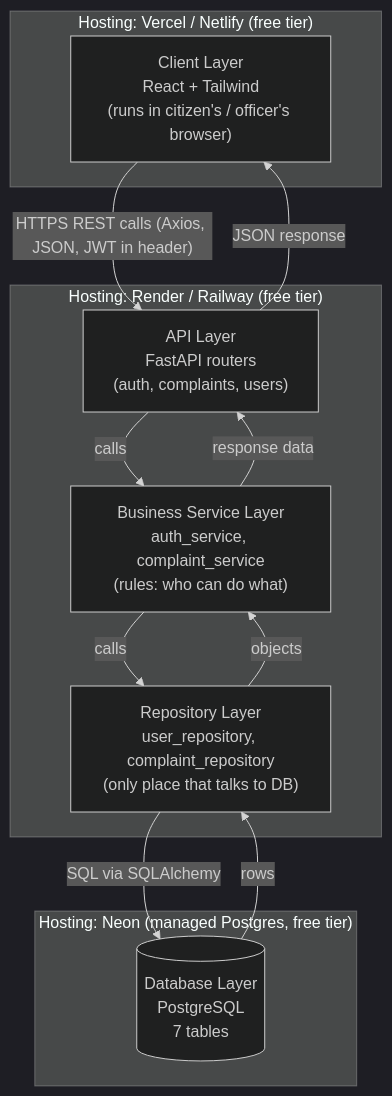
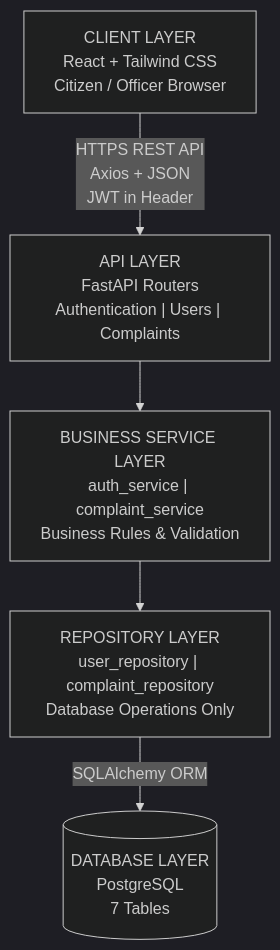
One commit to daarani24/NammaVoice-AI changed the diagram in docs/diagrams/Architecture_diagram.mmd. Above: the diagram before and after it, drawn with Mermaid (dark theme).

Commit message:
docs(diagrams): update architecture diagram

```diff
--- a/docs/diagrams/Architecture_diagram.mmd
+++ b/docs/diagrams/Architecture_diagram.mmd
@@ -1,23 +1,11 @@
 flowchart TD
-  subgraph HOST1["Hosting: Vercel / Netlify (free tier)"]
-    CLIENT["Client Layer<br/>React + Tailwind<br/>(runs in citizen's / officer's browser)"]
-  end
+  CLIENT["CLIENT LAYER<br/>React + Tailwind CSS<br/>Citizen / Officer Browser"]
+  API["API LAYER<br/>FastAPI Routers<br/>Authentication | Users | Complaints"]
+  SVC["BUSINESS SERVICE LAYER<br/>auth_service | complaint_service<br/>Business Rules & Validation"]
+  REPO["REPOSITORY LAYER<br/>user_repository | complaint_repository<br/>Database Operations Only"]
+  DB[("DATABASE LAYER<br/>PostgreSQL<br/>7 Tables")]
 
-  subgraph HOST2["Hosting: Render / Railway (free tier)"]
-    API["API Layer<br/>FastAPI routers<br/>(auth, complaints, users)"]
-    SVC["Business Service Layer<br/>auth_service, complaint_service<br/>(rules: who can do what)"]
-    REPO["Repository Layer<br/>user_repository, complaint_repository<br/>(only place that talks to DB)"]
-  end
-
-  subgraph HOST3["Hosting: Neon (managed Postgres, free tier)"]
-    DB[("Database Layer<br/>PostgreSQL<br/>7 tables")]
-  end
-
-  CLIENT -- "HTTPS REST calls (Axios, JSON, JWT in header)" --> API
-  API -- "calls" --> SVC
-  SVC -- "calls" --> REPO
-  REPO -- "SQL via SQLAlchemy" --> DB
-  DB -- "rows" --> REPO
-  REPO -- "objects" --> SVC
-  SVC -- "response data" --> API
-  API -- "JSON response" --> CLIENT
+  CLIENT -- "HTTPS REST API<br/>Axios + JSON<br/>JWT in Header" --> API
+  API --> SVC
+  SVC --> REPO
+  REPO -- "SQLAlchemy ORM" --> DB
```
